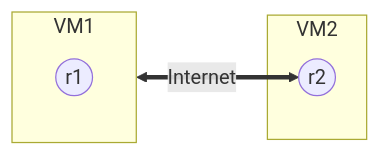
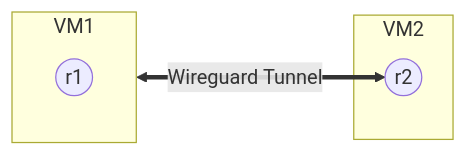
Before and after one commit to edgardcunha/freeRouter: the diagram in wireguard/README.md, drawn with Mermaid.

````diff
--- a/wireguard/README.md
+++ b/wireguard/README.md
@@ -5,10 +5,10 @@
 ```mermaid
 flowchart LR
     subgraph VM1 ["VM1"]
         A((r1))
     end
     subgraph VM2 ["VM2"]
         B((r2))
     end
-    VM1 <==>|Internet| B
+    VM1 <==>|Wireguard Tunnel| B
 ```
````
